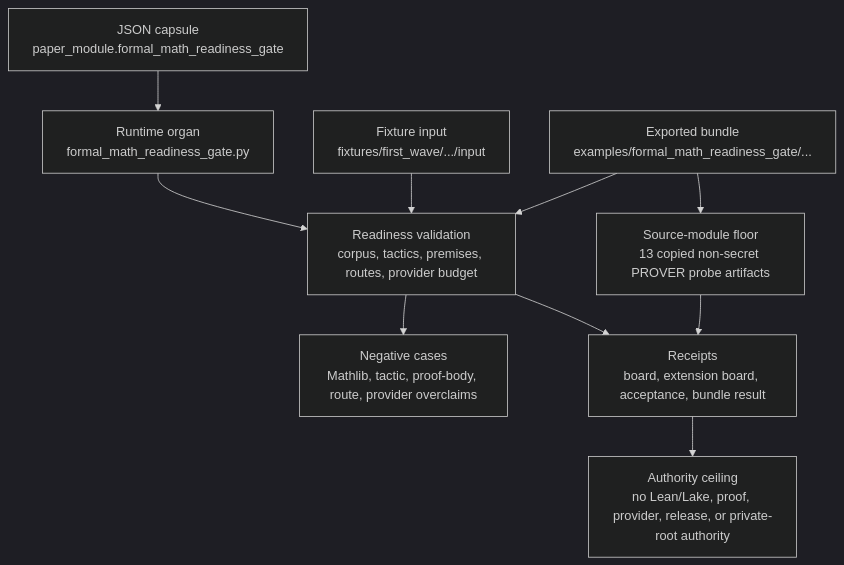
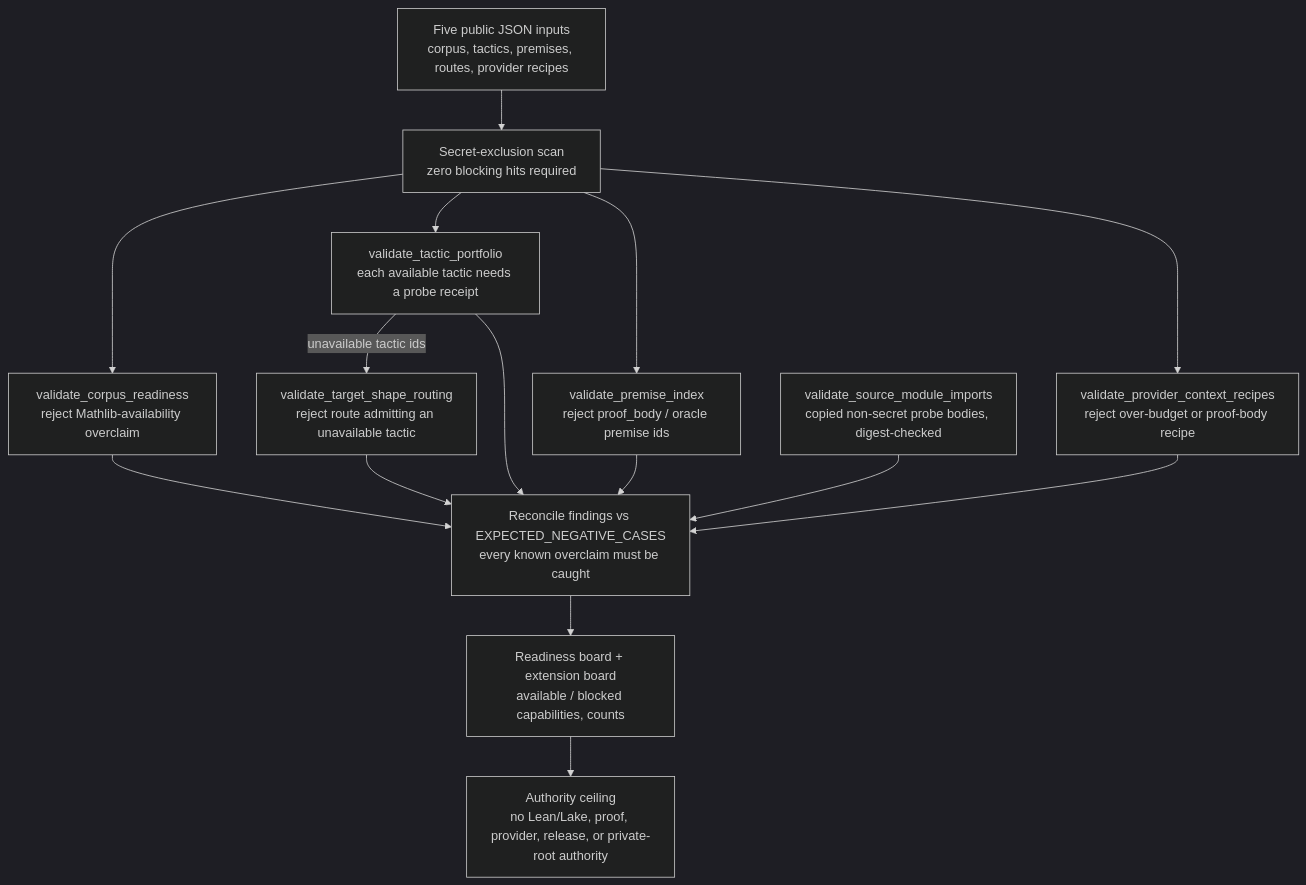
One commit to wcook04/plectis changed the diagram in paper_modules/formal_math_readiness_gate.md. Above: the diagram before and after it, drawn with Mermaid (dark theme). The commit also changed other lines of this file and 90 other files, not shown here.

First line of the commit message:
microcosm: enrich public paper-module prose and Shape diagrams (91 modules)

````diff
--- a/paper_modules/formal_math_readiness_gate.md
+++ b/paper_modules/formal_math_readiness_gate.md
@@ -25,22 +56,29 @@
 ```mermaid
 flowchart TD
-  Capsule["JSON capsule<br/>paper_module.formal_math_readiness_gate"]
-  Runtime["Runtime organ<br/>formal_math_readiness_gate.py"]
-  Fixture["Fixture input<br/>fixtures/first_wave/.../input"]
-  Bundle["Exported bundle<br/>examples/formal_math_readiness_gate/..."]
-  Gate["Readiness validation<br/>corpus, tactics, premises, routes, provider budget"]
-  SourceFloor["Source-module floor<br/>13 copied non-secret PROVER probe artifacts"]
-  Negatives["Negative cases<br/>Mathlib, tactic, proof-body, route, provider overclaims"]
-  Receipts["Receipts<br/>board, extension board, acceptance, bundle result"]
+  Inputs["Five public JSON inputs<br/>corpus, tactics, premises, routes, provider recipes"]
+  Scan["Secret-exclusion scan<br/>zero blocking hits required"]
+  Corpus["validate_corpus_readiness<br/>reject Mathlib-availability overclaim"]
+  Tactics["validate_tactic_portfolio<br/>each available tactic needs a probe receipt"]
+  Premises["validate_premise_index<br/>reject proof_body / oracle premise ids"]
+  Routing["validate_target_shape_routing<br/>reject route admitting an unavailable tactic"]
+  Provider["validate_provider_context_recipes<br/>reject over-budget or proof-body recipe"]
+  SourceFloor["validate_source_module_imports<br/>copied non-secret probe bodies, digest-checked"]
+  Reconcile["Reconcile findings vs EXPECTED_NEGATIVE_CASES<br/>every known overclaim must be caught"]
+  Board["Readiness board + extension board<br/>available / blocked capabilities, counts"]
   Ceiling["Authority ceiling<br/>no Lean/Lake, proof, provider, release, or private-root authority"]
 
-  Capsule --> Runtime
-  Runtime --> Gate
-  Fixture --> Gate
-  Bundle --> Gate
-  Bundle --> SourceFloor
-  Gate --> Negatives
-  Gate --> Receipts
-  SourceFloor --> Receipts
-  Receipts --> Ceiling
+  Inputs --> Scan
+  Scan --> Corpus
+  Scan --> Tactics
+  Scan --> Premises
+  Scan --> Provider
+  Tactics -->|unavailable tactic ids| Routing
+  Corpus --> Reconcile
+  Tactics --> Reconcile
+  Premises --> Reconcile
+  Routing --> Reconcile
+  Provider --> Reconcile
+  SourceFloor --> Reconcile
+  Reconcile --> Board
+  Board --> Ceiling
 ```
````
